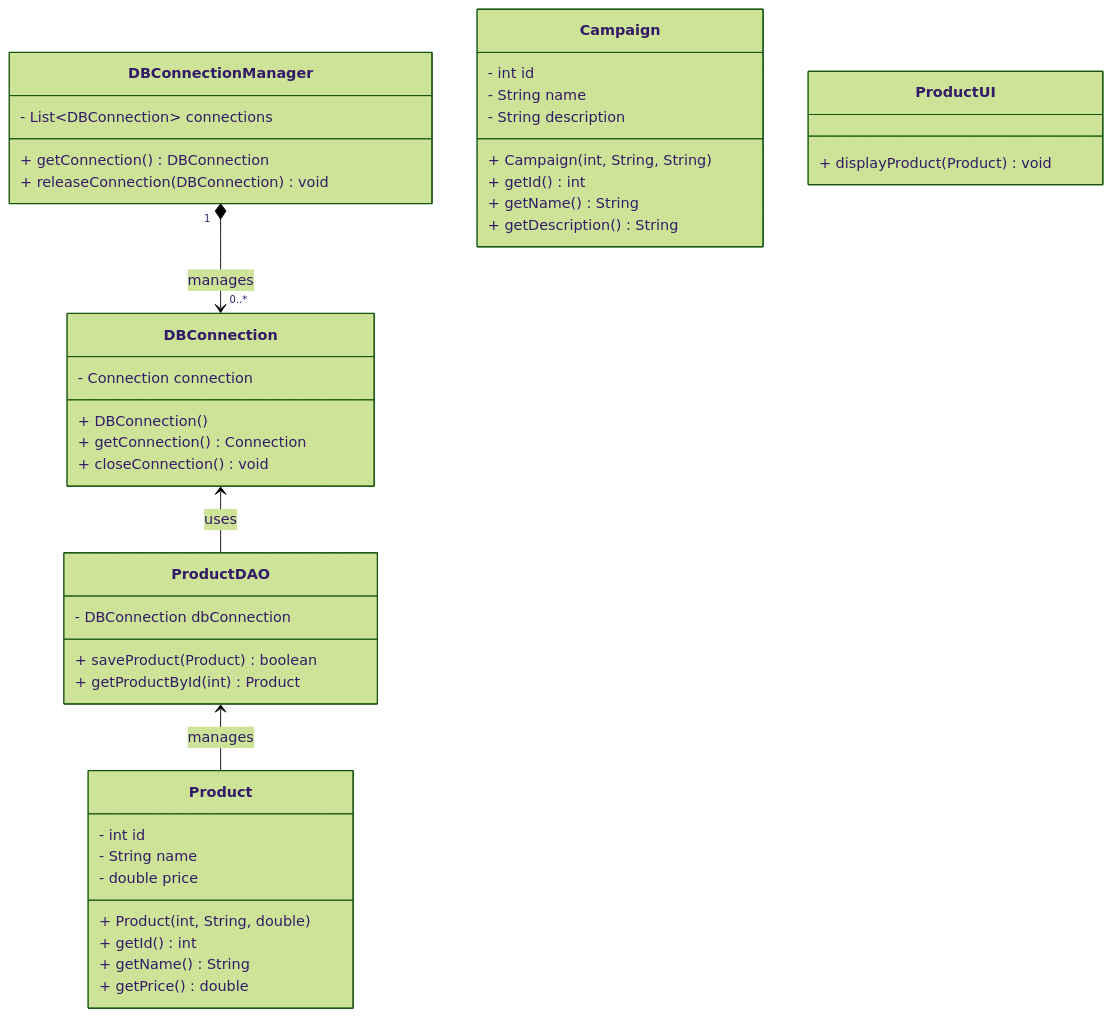
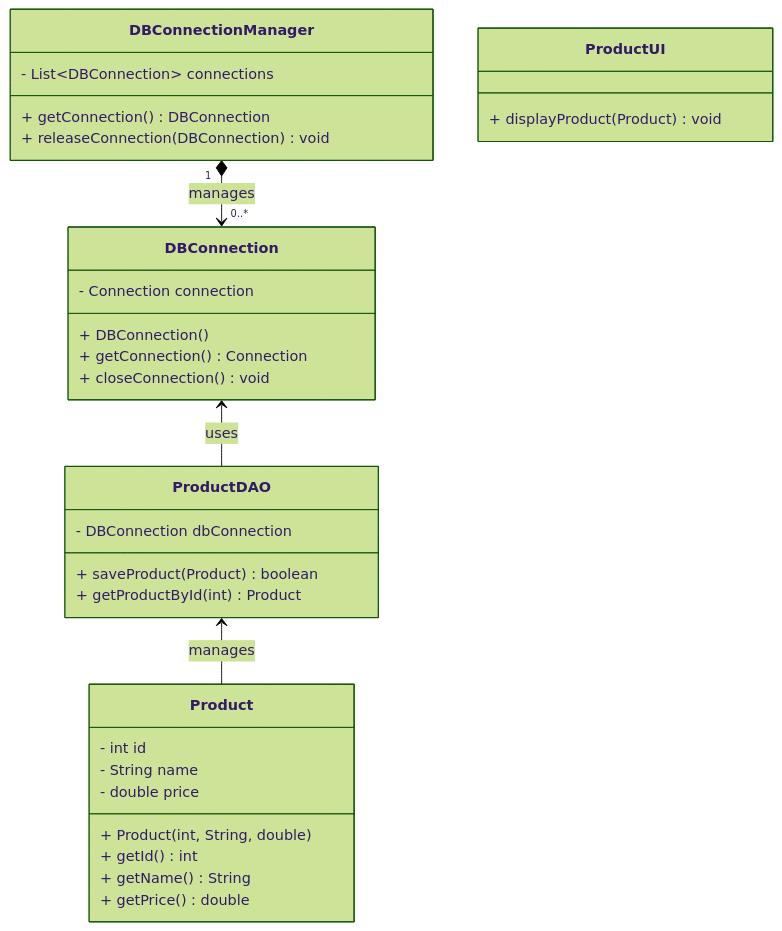
The first of 2 diagrams in README.md (Phillezi/hi1031lab1), drawn with Mermaid (forest theme) before and after one commit. The commit also changed other lines of this file and 1 other file, not shown here.

````diff
--- a/README.md
+++ b/README.md
@@ -20,50 +21,40 @@
 ```mermaid
 classDiagram
     class DBConnection {
         - Connection connection
         + DBConnection()
         + getConnection() Connection
         + closeConnection() void
     }
 
     class DBConnectionManager {
         - List~DBConnection~ connections
         + getConnection() DBConnection
         + releaseConnection(DBConnection) void
-    }
-
-    class Campaign {
-        - int id
-        - String name
-        - String description
-        + Campaign(int, String, String)
-        + getId() int
-        + getName() String
-        + getDescription() String
     }
 
     class Product {
         - int id
         - String name
         - double price
         + Product(int, String, double)
         + getId() int
         + getName() String
         + getPrice() double
     }
 
     class ProductDAO {
         - DBConnection dbConnection
         + saveProduct(Product) boolean
         + getProductById(int) Product
     }
 
     class ProductUI {
         + displayProduct(Product) void
     }
 
     DBConnectionManager "1" *--> "0..*" DBConnection : manages
     DBConnection <-- ProductDAO : uses
     ProductDAO <-- Product : manages
 
 ```
````
